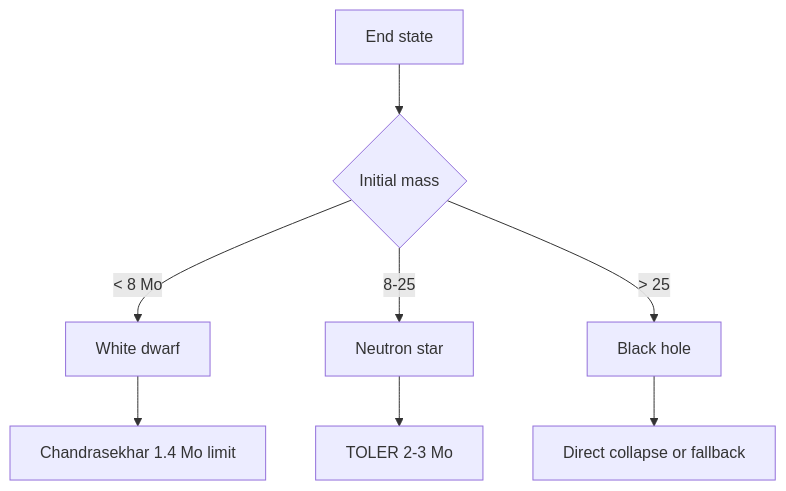
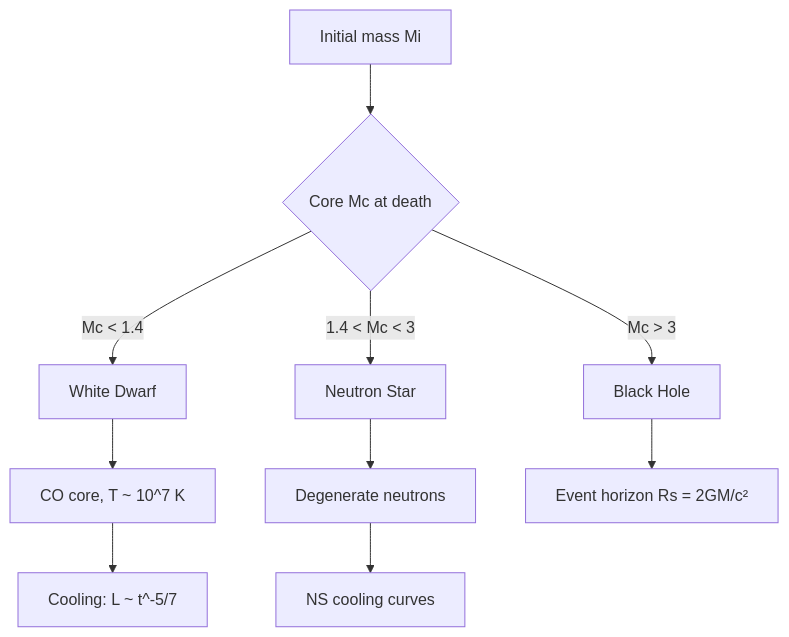
One commit to yip-lgtm/PhysicsSelfStudy changed the seventh of 7 diagrams in 01_BSc_Physics/electives/PHYS_3071_Stellar_Astrophysics/README.md. Above: the diagram before and after it, drawn with Mermaid. The commit also changed other lines of this file and 4 other files, not shown here.

````diff
--- a/01_BSc_Physics/electives/PHYS_3071_Stellar_Astrophysics/README.md
+++ b/01_BSc_Physics/electives/PHYS_3071_Stellar_Astrophysics/README.md
@@ -172,10 +728,12 @@
 ```mermaid
 graph TD
-    A[End state] --> B{Initial mass}
-    B -->|< 8 Mo| C[White dwarf]
-    B -->|8-25| D[Neutron star]
-    B -->|> 25| E[Black hole]
-    C --> F[Chandrasekhar 1.4 Mo limit]
-    D --> G[TOLER 2-3 Mo]
-    E --> H[Direct collapse or fallback]
+    A[Initial mass Mi] --> B{Core Mc at death}
+    B -->|Mc < 1.4| C[White Dwarf]
+    B -->|1.4 < Mc < 3| D[Neutron Star]
+    B -->|Mc > 3| E[Black Hole]
+    C --> F[CO core, T ~ 10^7 K]
+    D --> G[Degenerate neutrons]
+    E --> H[Event horizon Rs = 2GM/c²]
+    F --> I[Cooling: L ~ t^-5/7]
+    G --> J[NS cooling curves]
 ```
````
